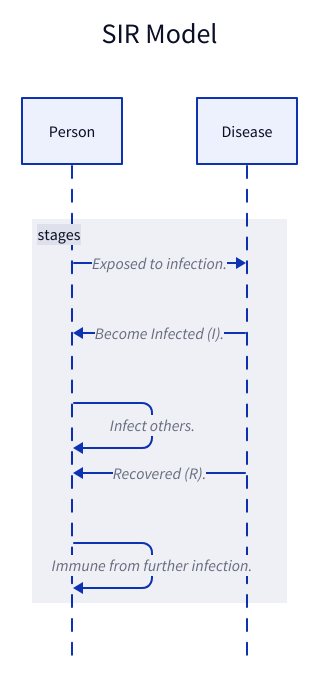
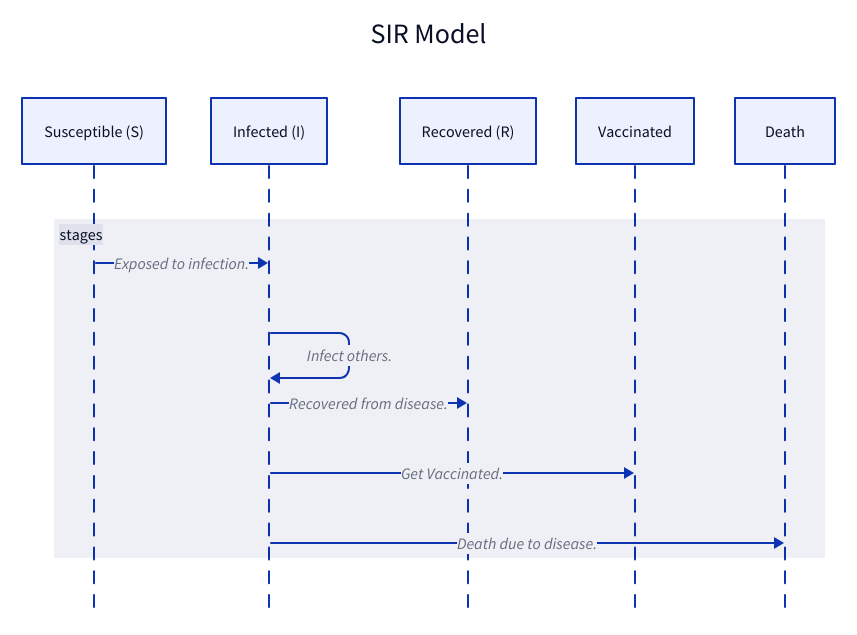
The diagram in content/blog/simplicity/sir.d2 (shashankpritam/shashankpritam.github.io), drawn with D2 before and after one commit. The commit also changed 3 other files, not shown here.

```diff
--- a/content/blog/simplicity/sir.d2
+++ b/content/blog/simplicity/sir.d2
@@ -1,13 +1,17 @@
-
+direction: right
 SIR Model: {
   shape: sequence_diagram
-  person: Person
-  disease: Disease
+  susceptible: Susceptible (S)
+  infected: Infected (I)
+  recovered: Recovered (R)
+  vaccinated: Vaccinated
+  death: Death
+
   stages: {
-    person -> disease: Exposed to infection.
-    disease -> person: Become Infected (I).
-    person -> person: Infect others.
-    disease -> person: Recovered (R).
-    person -> person: Immune from further infection.
+    susceptible -> infected: Exposed to infection.
+    infected -> infected: Infect others.
+    infected -> recovered: Recovered from disease.
+    infected -> vaccinated: Get Vaccinated.
+    infected -> death: Death due to disease.
   }
 }
```
